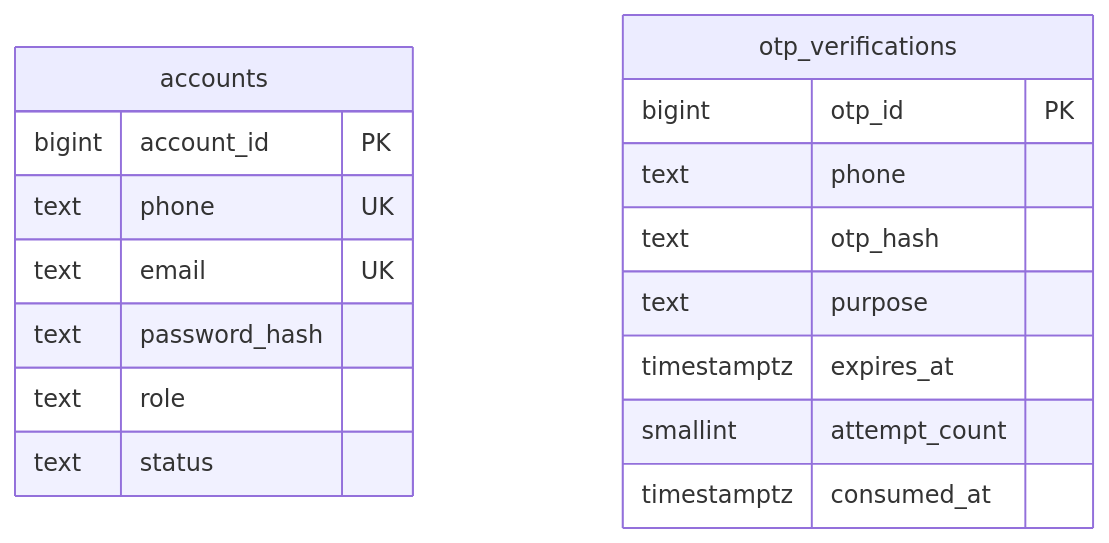
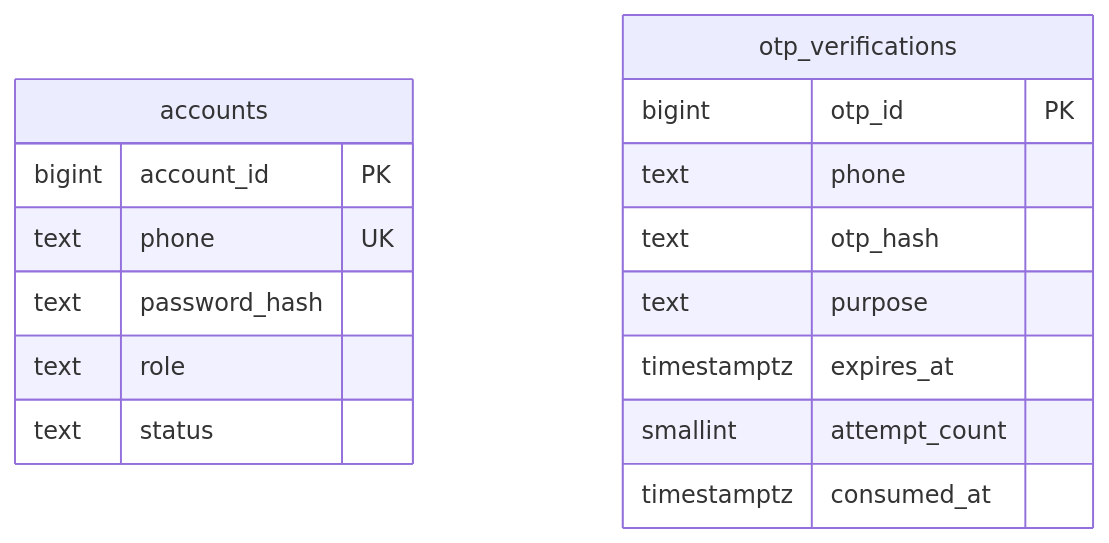
Before and after one commit to nghuuduc21/23699411_NguyenHuuDuc_CabSystem: the first of 8 diagrams in docs/design/03-du-lieu.md, drawn with Mermaid. The commit also changed other lines of this file and 21 other files, not shown here.

````diff
--- a/docs/design/03-du-lieu.md
+++ b/docs/design/03-du-lieu.md
@@ -99,20 +100,19 @@
 ```mermaid
 erDiagram
   accounts {
     bigint account_id PK
     text phone UK
-    text email UK
     text password_hash
     text role
     text status
   }
   otp_verifications {
     bigint otp_id PK
     text phone
     text otp_hash
     text purpose
     timestamptz expires_at
     smallint attempt_count
     timestamptz consumed_at
   }
 ```
````
